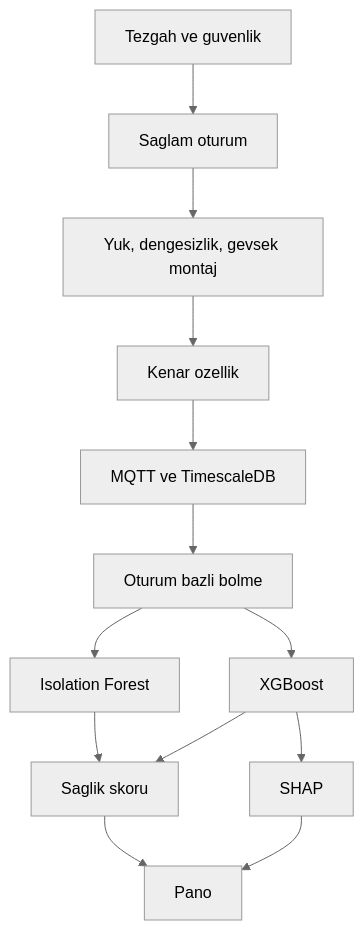
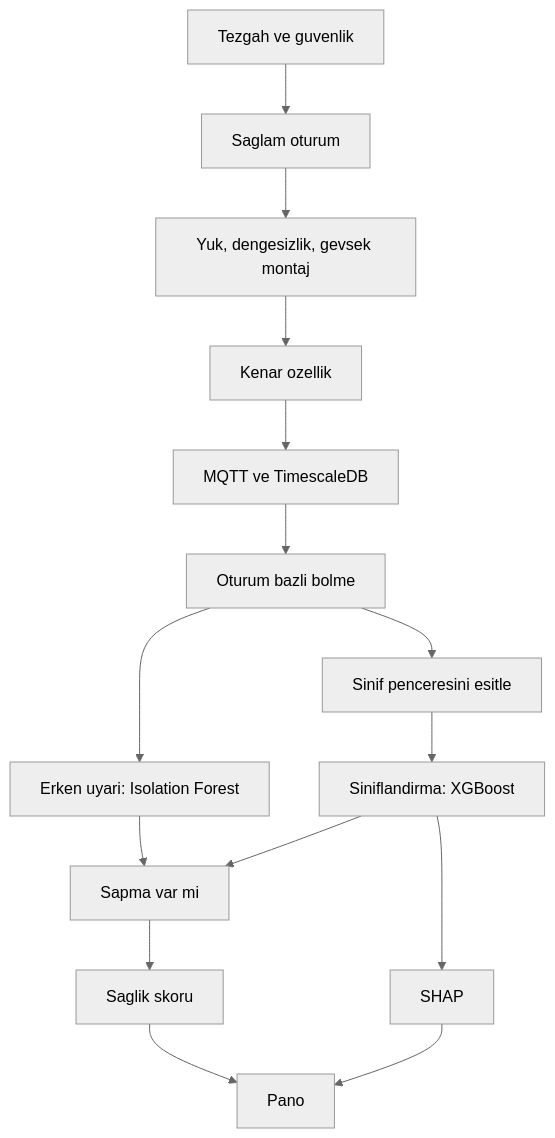
The first of 2 diagrams in sentra/README.md (diclebolek/devopsProjeSon), drawn with Mermaid (neutral theme) before and after one commit. The commit also changed other lines of this file and 4 other files, not shown here.

````diff
--- a/sentra/README.md
+++ b/sentra/README.md
@@ -84,15 +103,17 @@
 ```mermaid
 flowchart TD
   bench["Tezgah ve guvenlik"] --> baseline["Saglam oturum"]
   baseline --> faults["Yuk, dengesizlik, gevsek montaj"]
   faults --> edge["Kenar ozellik"]
   edge --> store["MQTT ve TimescaleDB"]
   store --> split["Oturum bazli bolme"]
-  split --> iforest["Isolation Forest"]
-  split --> xgb["XGBoost"]
-  iforest --> score["Saglik skoru"]
-  xgb --> score
+  split --> iforest["Erken uyari: Isolation Forest"]
+  split --> balance["Sinif penceresini esitle"]
+  balance --> xgb["Siniflandirma: XGBoost"]
+  iforest --> gate["Sapma var mi"]
+  xgb --> gate
+  gate --> score["Saglik skoru"]
   xgb --> shap["SHAP"]
   score --> board["Pano"]
   shap --> board
 ```
````
